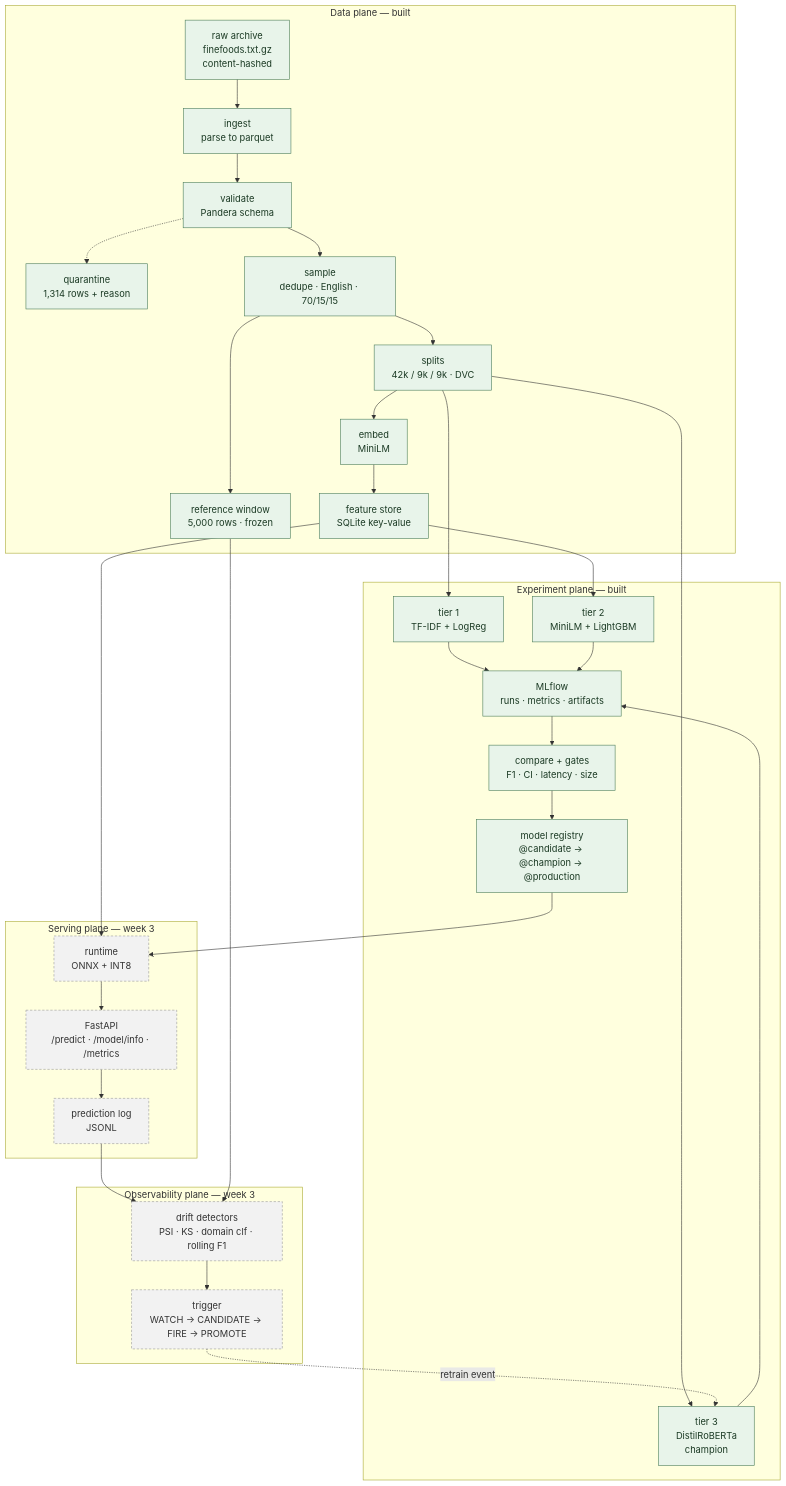
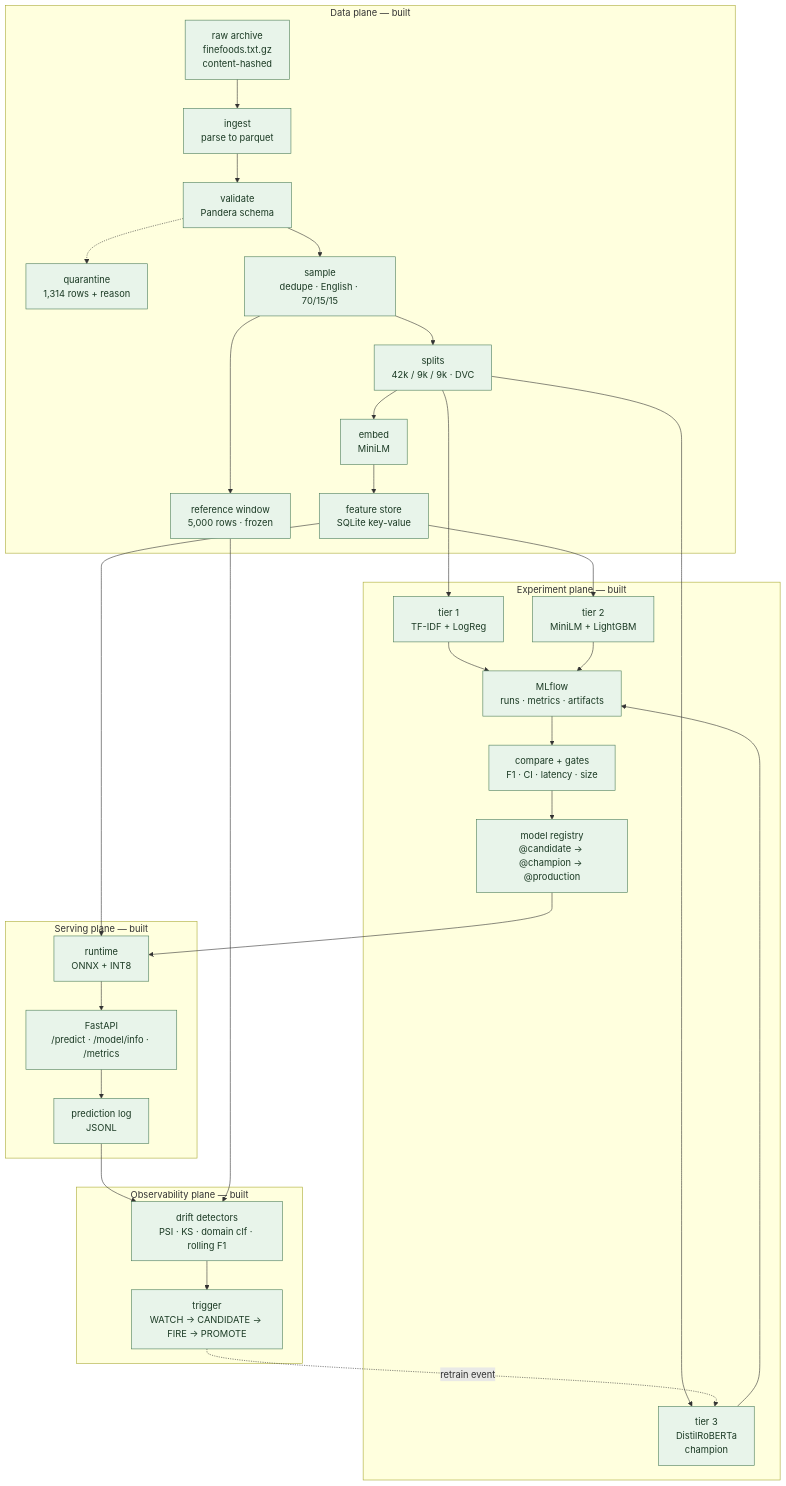
Before and after one commit to vkrishnabhatk-bits/moodrift: the diagram in README.md, drawn with Mermaid. The commit also changed other lines of this file and 1 other file, not shown here.

First line of the commit message:
docs: README status refresh, batch/concurrency findings in the API contract

````diff
--- a/README.md
+++ b/README.md
@@ -90,59 +92,57 @@
 ```mermaid
 flowchart TD
     subgraph DATA["Data plane — built"]
         RAW["raw archive<br/>finefoods.txt.gz<br/>content-hashed"]
         ING["ingest<br/>parse to parquet"]
         VAL["validate<br/>Pandera schema"]
         REJ["quarantine<br/>1,314 rows + reason"]
         SAM["sample<br/>dedupe · English · 70/15/15"]
         SPL["splits<br/>42k / 9k / 9k · DVC"]
         REF["reference window<br/>5,000 rows · frozen"]
         EMB["embed<br/>MiniLM"]
         FS["feature store<br/>SQLite key-value"]
         RAW --> ING --> VAL --> SAM
         VAL -.-> REJ
         SAM --> SPL
         SAM --> REF
         SPL --> EMB --> FS
     end
 
     subgraph EXP["Experiment plane — built"]
         T1["tier 1<br/>TF-IDF + LogReg"]
         T2["tier 2<br/>MiniLM + LightGBM"]
         T3["tier 3<br/>DistilRoBERTa<br/>champion"]
         MLF["MLflow<br/>runs · metrics · artifacts"]
         CMP["compare + gates<br/>F1 · CI · latency · size"]
         REG["model registry<br/>@candidate → @champion → @production"]
         T1 --> MLF
         T2 --> MLF
         T3 --> MLF
         MLF --> CMP --> REG
     end
 
-    subgraph SRV["Serving plane — week 3"]
+    subgraph SRV["Serving plane — built"]
         RT["runtime<br/>ONNX + INT8"]
         API["FastAPI<br/>/predict · /model/info · /metrics"]
         PLOG["prediction log<br/>JSONL"]
         RT --> API --> PLOG
     end
 
-    subgraph OBS["Observability plane — week 3"]
+    subgraph OBS["Observability plane — built"]
         DET["drift detectors<br/>PSI · KS · domain clf · rolling F1"]
         TRG["trigger<br/>WATCH → CANDIDATE → FIRE → PROMOTE"]
         DET --> TRG
     end
 
     SPL --> T1
     SPL --> T3
     FS --> T2
     FS --> RT
     REG --> RT
     PLOG --> DET
     REF --> DET
     TRG -.->|"retrain event"| T3
 
     classDef built fill:#e8f4ea,stroke:#4a7c59,color:#1b3a24
-    classDef planned fill:#f2f2f2,stroke:#999,color:#333,stroke-dasharray: 4 3
-    class RAW,ING,VAL,REJ,SAM,SPL,REF,EMB,FS,T1,T2,T3,MLF,CMP,REG built
-    class RT,API,PLOG,DET,TRG planned
+    class RAW,ING,VAL,REJ,SAM,SPL,REF,EMB,FS,T1,T2,T3,MLF,CMP,REG,RT,API,PLOG,DET,TRG built
 ```
````
